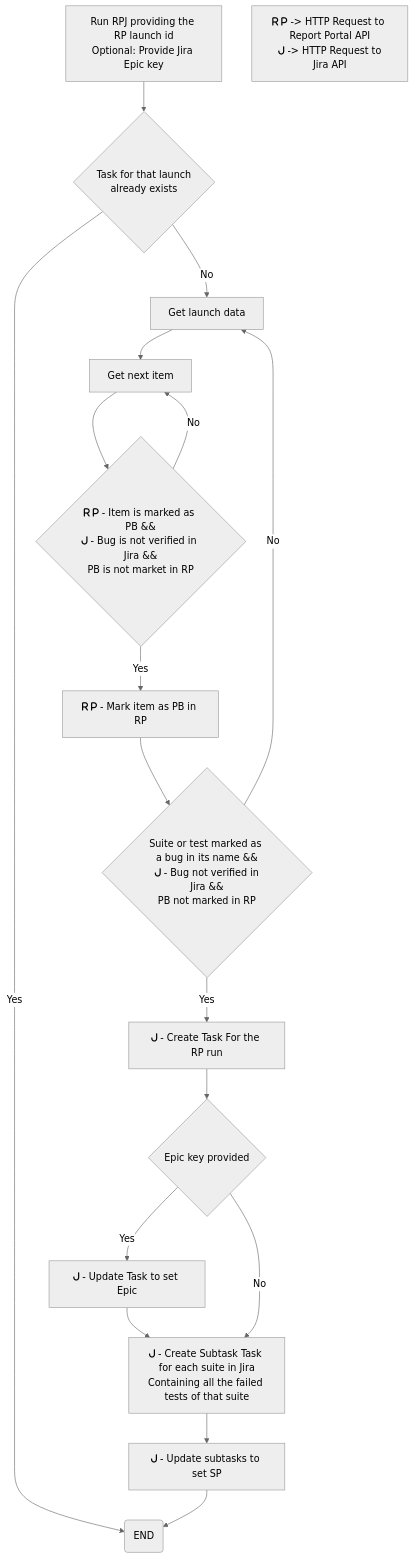
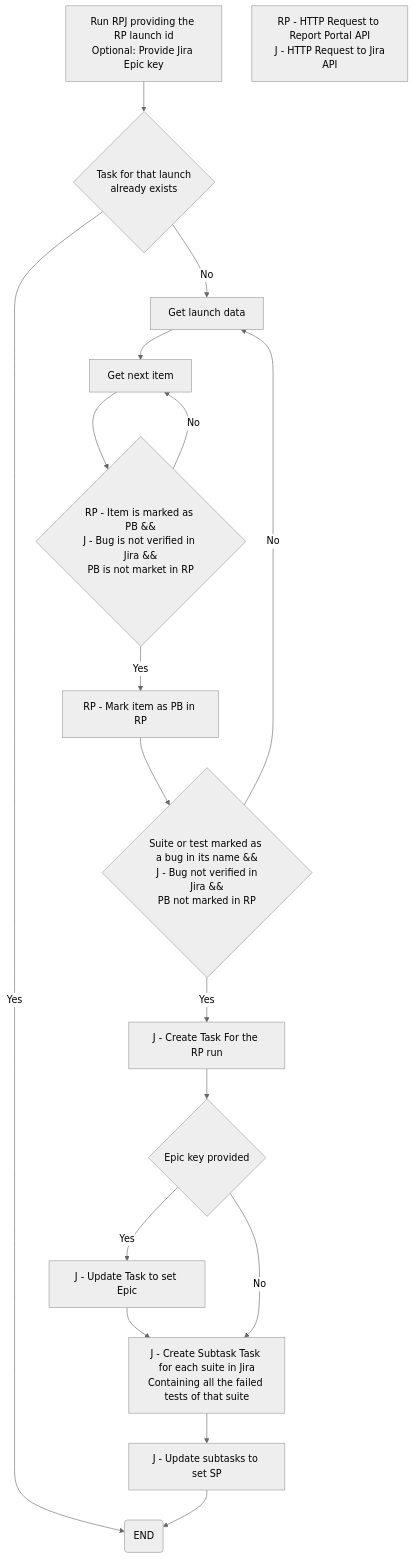
Before and after one commit to abrugaro/rp-jira-sync: the diagram in README.md, drawn with Mermaid (neutral theme).

Commit message:
feat:mermaid flow diagram

````diff
--- a/README.md
+++ b/README.md
@@ -41,24 +41,24 @@
 ```mermaid
 flowchart TD
     A[Run RPJ providing the RP launch id\nOptional: Provide Jira Epic key] --> B
     B{Task for that launch\n already exists}
     B --> |Yes| Z
     B --> |No| C
     C[Get launch data] --> D
     D[Get next item] --> E
-    E{fa:fa-r fa:fa-p - Item is marked as PB &&\nfa:fa-j - Bug is not verified in Jira &&\nPB is not market in RP}
+    E{RP - Item is marked as PB &&\nJ - Bug is not verified in Jira &&\nPB is not market in RP}
     E --> |No| D
     E --> |Yes| F
-    F[fa:fa-r fa:fa-p - Mark item as PB in RP] --> G
-    G{Suite or test marked as a bug in its name &&\n fa:fa-j - Bug not verified in Jira &&\nPB not marked in RP}
+    F[RP - Mark item as PB in RP] --> G
+    G{Suite or test marked as a bug in its name &&\n J - Bug not verified in Jira &&\nPB not marked in RP}
     G --> |No| C
     G --> |Yes| H
-    H[fa:fa-j - Create Task For the RP run] --> I
+    H[J - Create Task For the RP run] --> I
     I{Epic key provided} 
-    I --> |Yes| J[fa:fa-j - Update Task to set Epic] --> K
+    I --> |Yes| J[J - Update Task to set Epic] --> K
     I --> |No| K
-    K[fa:fa-j - Create Subtask Task for each suite in Jira\nContaining all the failed tests of that suite] --> L
-    L[fa:fa-j - Update subtasks to set SP] --> Z
+    K[J - Create Subtask Task for each suite in Jira\nContaining all the failed tests of that suite] --> L
+    L[J - Update subtasks to set SP] --> Z
     Z(END)
-    X[fa:fa-r fa:fa-p -> HTTP Request to Report Portal API\n fa:fa-j -> HTTP Request to Jira API]
+    X[RP - HTTP Request to Report Portal API\n J - HTTP Request to Jira API]
 ```
````
